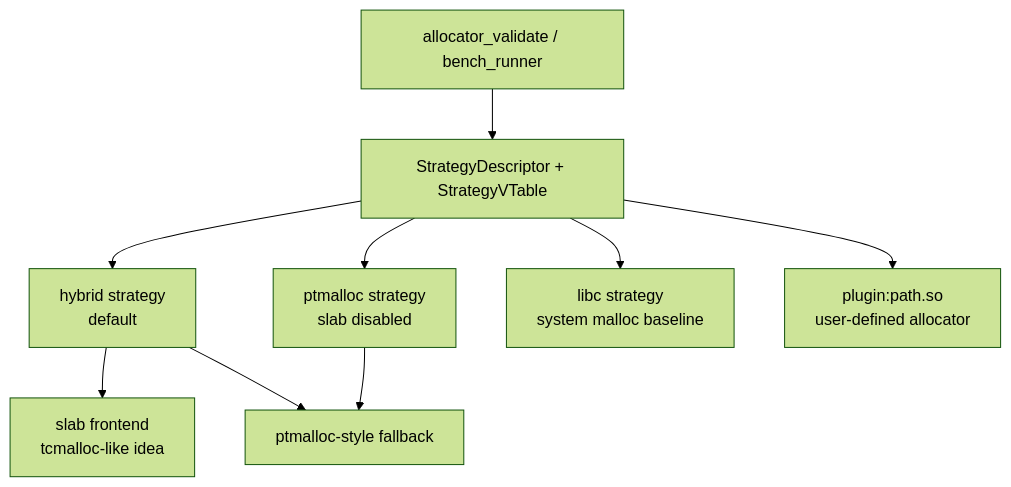
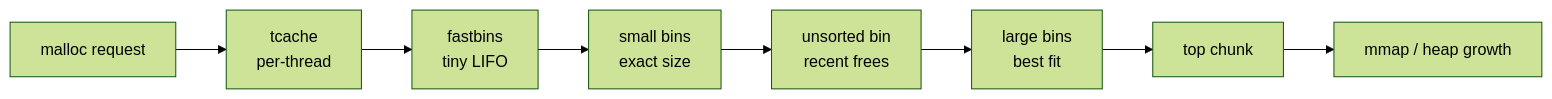
Before and after one commit to sdsasf/my_malloc: the first of 5 diagrams in docs/allocator_families.md, drawn with Mermaid (forest theme). The commit also changed other lines of this file and 10 other files, not shown here.

````diff
--- a/docs/allocator_families.md
+++ b/docs/allocator_families.md
@@ -14,21 +66,13 @@
 ```mermaid
-flowchart TB
-    Bench["allocator_validate / bench_runner"]
-    API["StrategyDescriptor + StrategyVTable"]
-    Hybrid["hybrid strategy<br/>default"]
-    Ptmalloc["ptmalloc strategy<br/>slab disabled"]
-    Libc["libc strategy<br/>system malloc baseline"]
-    Plugin["plugin:path.so<br/>user-defined allocator"]
+flowchart LR
+    Request["malloc request"]
+    Tcache["tcache<br/>per-thread"]
+    Fast["fastbins<br/>tiny LIFO"]
+    Small["small bins<br/>exact size"]
+    Unsorted["unsorted bin<br/>recent frees"]
+    Large["large bins<br/>best fit"]
+    Top["top chunk"]
+    Sys["mmap / heap growth"]
 
-    HybridSmall["slab frontend<br/>tcmalloc-like idea"]
-    HybridFallback["ptmalloc-style fallback"]
-
-    Bench --> API
-    API --> Hybrid
-    API --> Ptmalloc
-    API --> Libc
-    API --> Plugin
-    Hybrid --> HybridSmall
-    Hybrid --> HybridFallback
-    Ptmalloc --> HybridFallback
+    Request --> Tcache --> Fast --> Small --> Unsorted --> Large --> Top --> Sys
 ```
````
